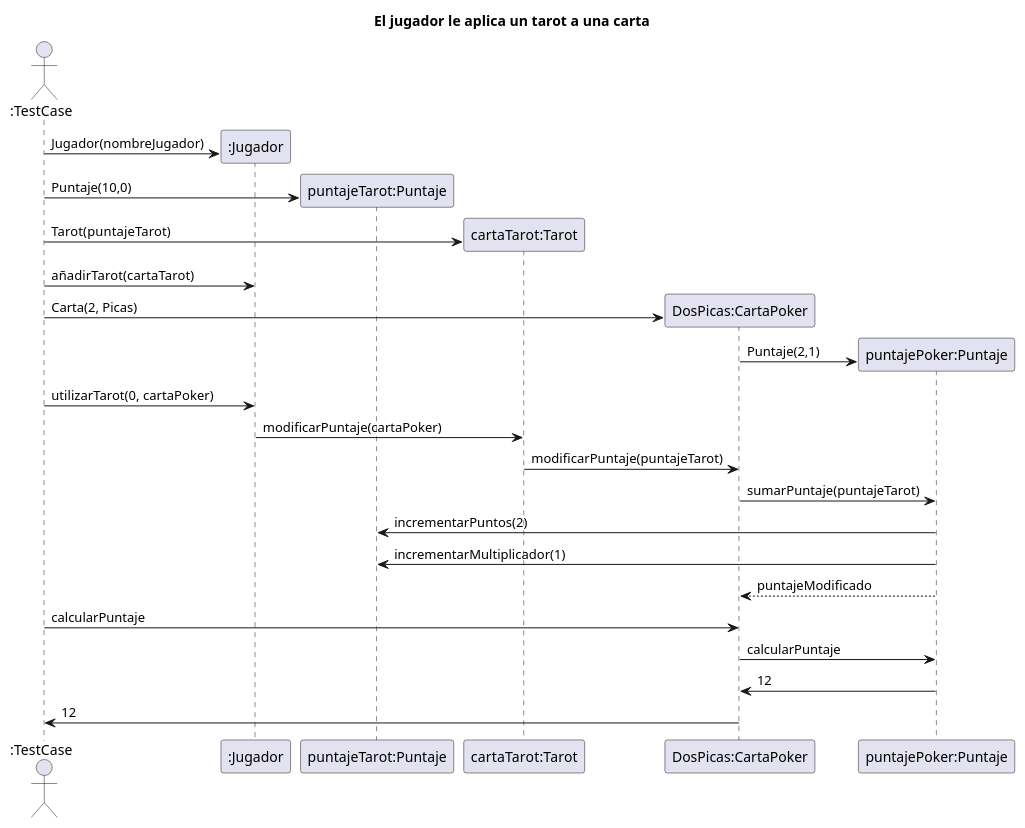
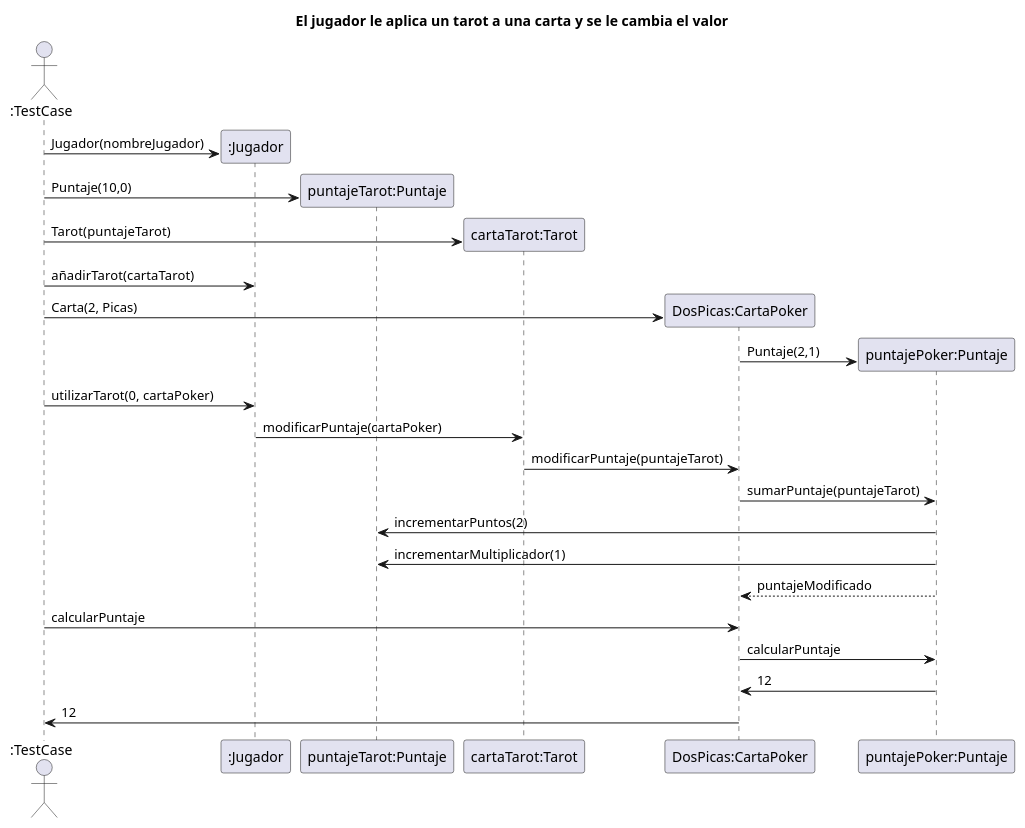
One commit to carruizdiaz1109/UBAlatro changed the diagram in diagrams/sequences/Entrega1/test05.puml. Above: the diagram before and after it, drawn with PlantUML. The commit also changed 3 other files, not shown here.

Commit message:
Se agrego test06 y su diagrama de secuencia

```diff
--- a/diagrams/sequences/Entrega1/test05.puml
+++ b/diagrams/sequences/Entrega1/test05.puml
@@ -1,34 +1,34 @@
 @startuml
 'https://plantuml.com/sequence-diagram
 
-title El jugador le aplica un tarot a una carta
+title El jugador le aplica un tarot a una carta y se le cambia el valor
 
 actor ":TestCase" as user
 participant ":Jugador" as jugador
 participant "puntajeTarot:Puntaje" as puntajeTarot
 participant "cartaTarot:Tarot" as tarot
 participant "DosPicas:CartaPoker" as carta
 participant "puntajePoker:Puntaje" as puntajePoker
 
 
 user -> jugador**: Jugador(nombreJugador)
 user -> puntajeTarot**: Puntaje(10,0)
 user -> tarot**: Tarot(puntajeTarot)
 user -> jugador: añadirTarot(cartaTarot)
 user -> carta**: Carta(2, Picas)
 carta -> puntajePoker**: Puntaje(2,1)
 
 user -> jugador: utilizarTarot(0, cartaPoker)
 jugador -> tarot: modificarPuntaje(cartaPoker)
 tarot -> carta: modificarPuntaje(puntajeTarot)
 carta -> puntajePoker: sumarPuntaje(puntajeTarot)
 puntajePoker -> puntajeTarot: incrementarPuntos(2)
 puntajePoker -> puntajeTarot: incrementarMultiplicador(1)
 puntajePoker --> carta: puntajeModificado
 
 user -> carta: calcularPuntaje
 carta -> puntajePoker: calcularPuntaje
 puntajePoker -> carta: 12
 carta -> user: 12
 
 @enduml
```
